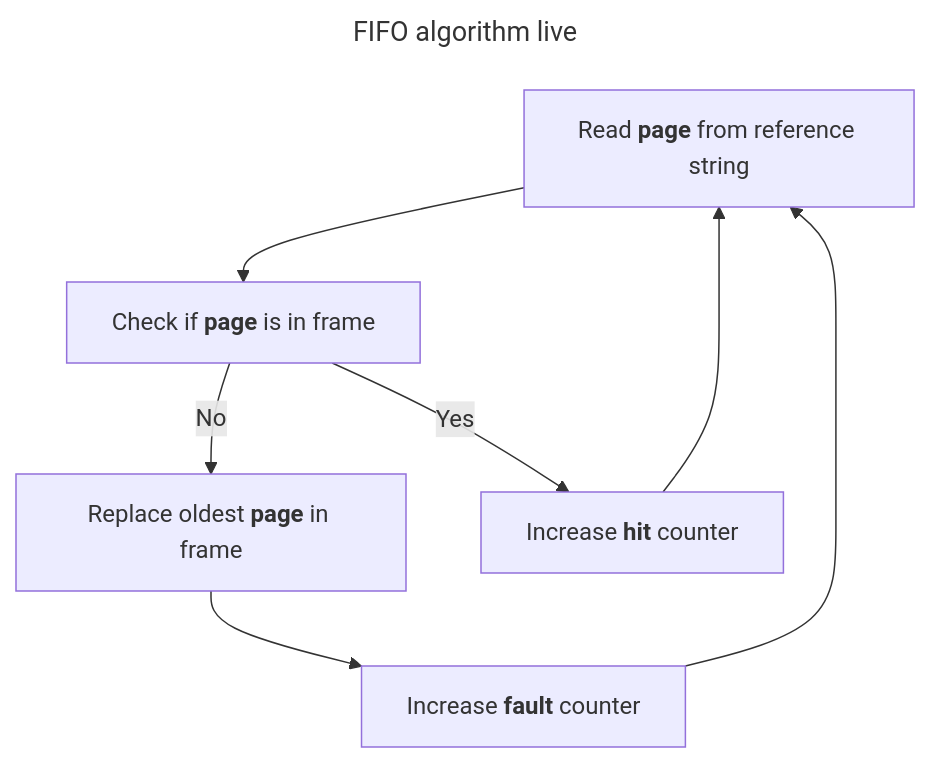
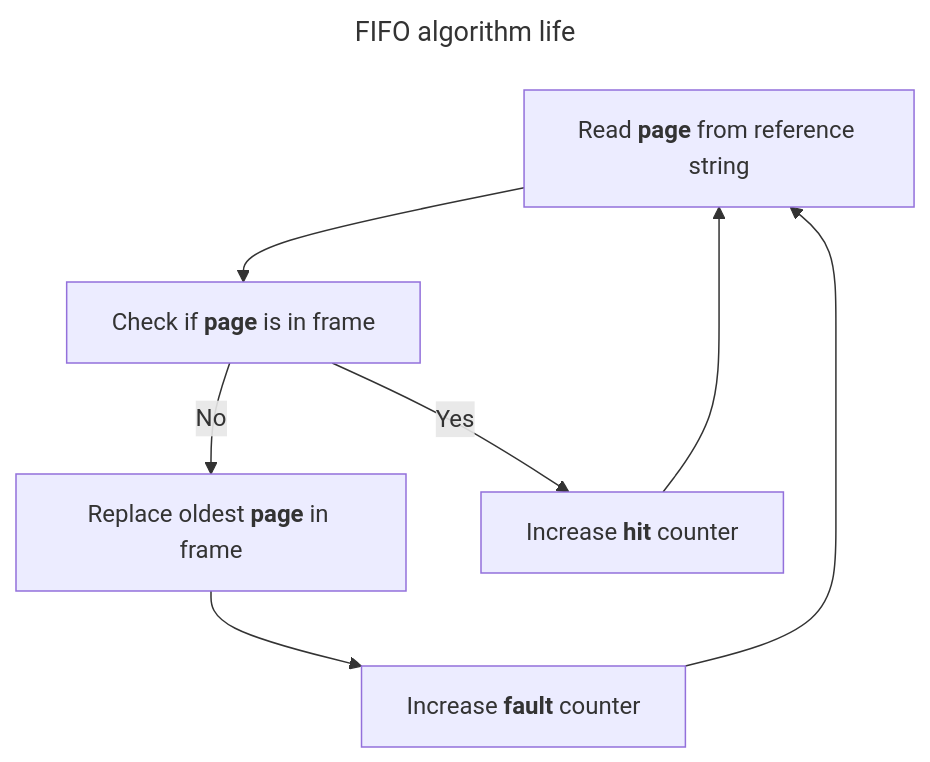
Before and after one commit to MainSkown/ProcessSimulation: the third of 4 diagrams in README.md, drawn with Mermaid. The commit also changed other lines of this file, not shown here.

````diff
--- a/README.md
+++ b/README.md
@@ -115,13 +115,13 @@
 ```mermaid
 ---
-title: FIFO algorithm live
+title: FIFO algorithm life
 ---
 flowchart TB
     read["`Read **page** from reference string`"]
     check["`Check if **page** is in frame`"]
     replace["`Replace oldest **page** in frame`"]
     hit["`Increase **hit** counter`"]
     fault["`Increase **fault** counter`"]
     read --> check -->|Yes| hit --> read
     check -->|No| replace --> fault --> read
 ```
````
